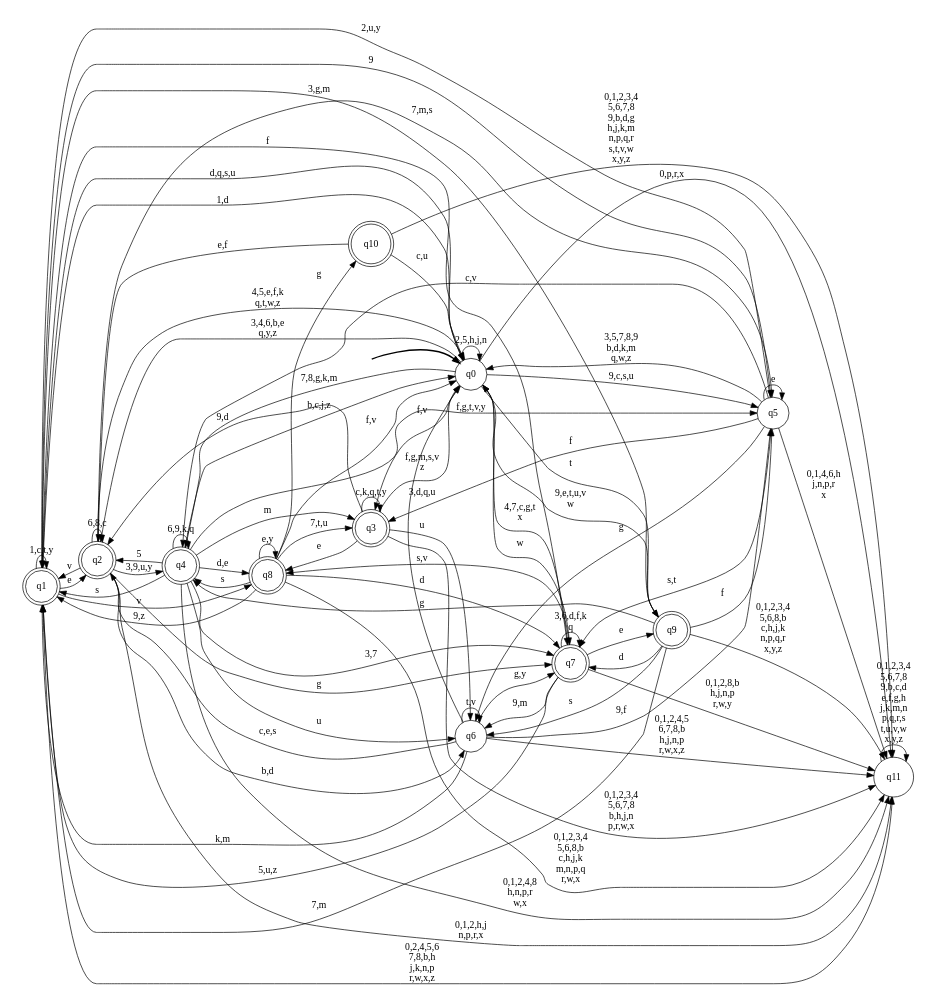
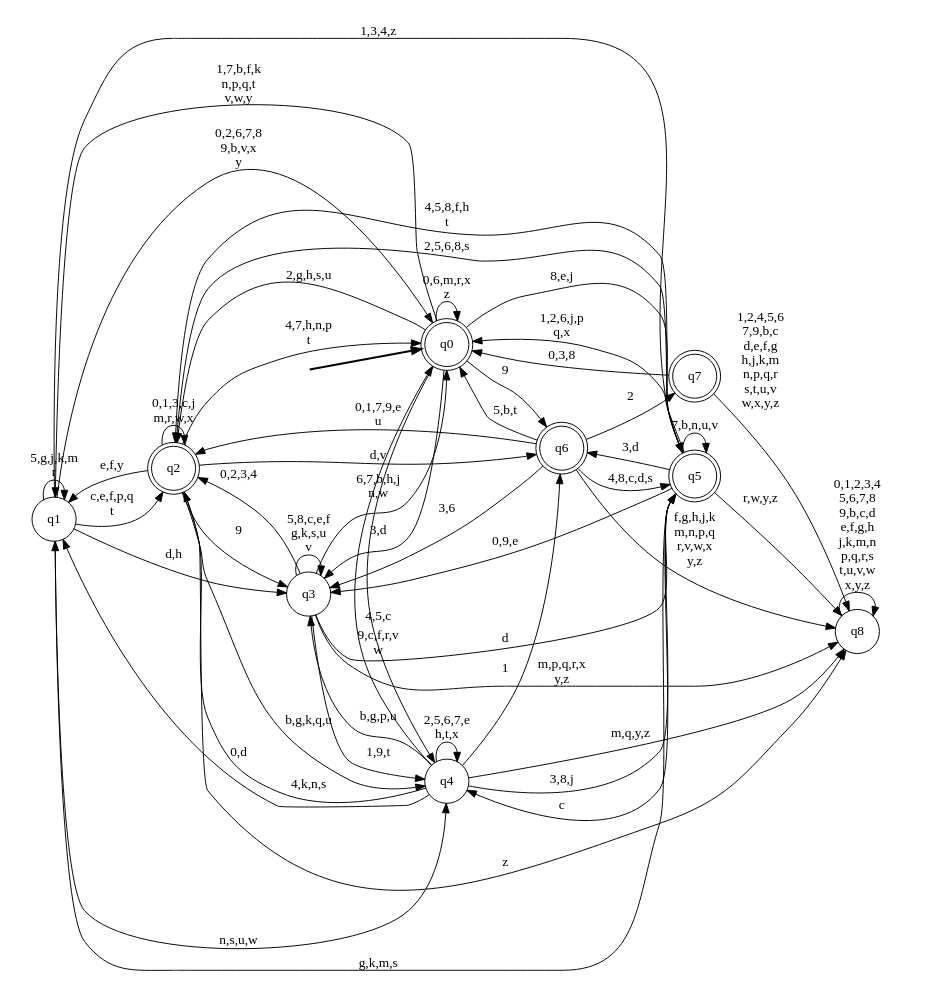
The diagram in dfas_of_users/017.dot (gabrer/mobility_similarity_exp), drawn with Graphviz before and after one commit. The commit also changed 4997 other files, not shown here.

```diff
--- a/dfas_of_users/017.dot
+++ b/dfas_of_users/017.dot
@@ -1,107 +1,74 @@
 digraph DFA {
 __start0 [style = invis, shape = none, label = "", width = 0, height = 0];
 
 rankdir=LR;
 size="8,5";
 
-s0 [style="filled", color="black", fillcolor="white" shape="circle", label="q0"];
-s1 [style="rounded,filled", color="black", fillcolor="white" shape="doublecircle", label="q1"];
+s0 [style="rounded,filled", color="black", fillcolor="white" shape="doublecircle", label="q0"];
+s1 [style="filled", color="black", fillcolor="white" shape="circle", label="q1"];
 s2 [style="rounded,filled", color="black", fillcolor="white" shape="doublecircle", label="q2"];
-s3 [style="rounded,filled", color="black", fillcolor="white" shape="doublecircle", label="q3"];
-s4 [style="rounded,filled", color="black", fillcolor="white" shape="doublecircle", label="q4"];
-s5 [style="filled", color="black", fillcolor="white" shape="circle", label="q5"];
-s6 [style="filled", color="black", fillcolor="white" shape="circle", label="q6"];
+s3 [style="filled", color="black", fillcolor="white" shape="circle", label="q3"];
+s4 [style="filled", color="black", fillcolor="white" shape="circle", label="q4"];
+s5 [style="rounded,filled", color="black", fillcolor="white" shape="doublecircle", label="q5"];
+s6 [style="rounded,filled", color="black", fillcolor="white" shape="doublecircle", label="q6"];
 s7 [style="rounded,filled", color="black", fillcolor="white" shape="doublecircle", label="q7"];
-s8 [style="rounded,filled", color="black", fillcolor="white" shape="doublecircle", label="q8"];
-s9 [style="rounded,filled", color="black", fillcolor="white" shape="doublecircle", label="q9"];
-s10 [style="rounded,filled", color="black", fillcolor="white" shape="doublecircle", label="q10"];
-s11 [style="filled", color="black", fillcolor="white" shape="circle", label="q11"];
+s8 [style="filled", color="black", fillcolor="white" shape="circle", label="q8"];
 subgraph cluster_main { 
 	graph [pad=".75", ranksep="0.15", nodesep="0.15"];
 	 style=invis; 
 	__start0 -> s0 [penwidth=2];
 }
-s0 -> s0 [label="2,5,h,j,n"];
-s0 -> s1 [label="1,d"];
-s0 -> s2 [label="3,4,6,b,e\nq,y,z"];
-s0 -> s3 [label="f,v"];
-s0 -> s4 [label="7,8,g,k,m"];
-s0 -> s5 [label="9,c,s,u"];
-s0 -> s7 [label="w"];
-s0 -> s9 [label="t"];
-s0 -> s11 [label="0,p,r,x"];
-s1 -> s0 [label="d,q,s,u"];
-s1 -> s1 [label="1,c,t,y"];
-s1 -> s2 [label="e"];
-s1 -> s5 [label="9"];
-s1 -> s7 [label="f"];
-s1 -> s8 [label="v"];
-s1 -> s9 [label="3,g,m"];
-s1 -> s11 [label="0,2,4,5,6\n7,8,b,h\nj,k,n,p\nr,w,x,z"];
-s2 -> s0 [label="4,5,e,f,k\nq,t,w,z"];
-s2 -> s1 [label="v"];
-s2 -> s2 [label="6,8,c"];
-s2 -> s4 [label="3,9,u,y"];
-s2 -> s5 [label="7,m,s"];
-s2 -> s6 [label="b,d"];
-s2 -> s7 [label="g"];
-s2 -> s11 [label="0,1,2,h,j\nn,p,r,x"];
-s3 -> s0 [label="f,g,m,s,v\nz"];
-s3 -> s2 [label="9,d"];
-s3 -> s3 [label="c,k,q,t,y"];
-s3 -> s6 [label="u"];
-s3 -> s8 [label="e"];
-s3 -> s11 [label="0,1,2,3,4\n5,6,7,8\nb,h,j,n\np,r,w,x"];
-s4 -> s0 [label="b,c,j,z"];
-s4 -> s1 [label="s"];
-s4 -> s2 [label="5"];
-s4 -> s3 [label="m"];
-s4 -> s4 [label="6,9,k,q"];
-s4 -> s5 [label="f,g,t,v,y"];
-s4 -> s6 [label="u"];
-s4 -> s7 [label="3,7"];
-s4 -> s8 [label="d,e"];
-s4 -> s11 [label="0,1,2,4,8\nh,n,p,r\nw,x"];
-s5 -> s0 [label="3,5,7,8,9\nb,d,k,m\nq,w,z"];
-s5 -> s1 [label="2,u,y"];
-s5 -> s3 [label="f"];
-s5 -> s4 [label="c,v"];
-s5 -> s5 [label="e"];
-s5 -> s6 [label="g"];
-s5 -> s7 [label="s,t"];
-s5 -> s11 [label="0,1,4,6,h\nj,n,p,r\nx"];
-s6 -> s0 [label="3,d,q,u"];
-s6 -> s1 [label="k,m"];
-s6 -> s2 [label="c,e,s"];
-s6 -> s5 [label="9,f"];
-s6 -> s6 [label="t,v"];
-s6 -> s7 [label="g,y"];
-s6 -> s11 [label="0,1,2,4,5\n6,7,8,b\nh,j,n,p\nr,w,x,z"];
-s7 -> s0 [label="4,7,c,g,t\nx"];
-s7 -> s1 [label="5,u,z"];
-s7 -> s6 [label="9,m"];
-s7 -> s7 [label="3,6,d,f,k\nq"];
-s7 -> s8 [label="s,v"];
-s7 -> s9 [label="e"];
-s7 -> s11 [label="0,1,2,8,b\nh,j,n,p\nr,w,y"];
-s8 -> s0 [label="f,v"];
-s8 -> s1 [label="9,z"];
-s8 -> s3 [label="7,t,u"];
-s8 -> s4 [label="s"];
-s8 -> s7 [label="d"];
-s8 -> s8 [label="e,y"];
-s8 -> s10 [label="g"];
-s8 -> s11 [label="0,1,2,3,4\n5,6,8,b\nc,h,j,k\nm,n,p,q\nr,w,x"];
-s9 -> s0 [label="9,e,t,u,v\nw"];
-s9 -> s1 [label="7,m"];
-s9 -> s4 [label="g"];
-s9 -> s5 [label="f"];
-s9 -> s6 [label="s"];
-s9 -> s7 [label="d"];
-s9 -> s11 [label="0,1,2,3,4\n5,6,8,b\nc,h,j,k\nn,p,q,r\nx,y,z"];
-s10 -> s0 [label="c,u"];
-s10 -> s2 [label="e,f"];
-s10 -> s11 [label="0,1,2,3,4\n5,6,7,8\n9,b,d,g\nh,j,k,m\nn,p,q,r\ns,t,v,w\nx,y,z"];
-s11 -> s11 [label="0,1,2,3,4\n5,6,7,8\n9,b,c,d\ne,f,g,h\nj,k,m,n\np,q,r,s\nt,u,v,w\nx,y,z"];
+s0 -> s0 [label="0,6,m,r,x\nz"];
+s0 -> s1 [label="1,7,b,f,k\nn,p,q,t\nv,w,y"];
+s0 -> s2 [label="2,g,h,s,u"];
+s0 -> s3 [label="3,d"];
+s0 -> s4 [label="4,5,c"];
+s0 -> s5 [label="8,e,j"];
+s0 -> s6 [label="9"];
+s1 -> s0 [label="0,2,6,7,8\n9,b,v,x\ny"];
+s1 -> s1 [label="5,g,j,k,m\nr"];
+s1 -> s2 [label="c,e,f,p,q\nt"];
+s1 -> s3 [label="d,h"];
+s1 -> s4 [label="n,s,u,w"];
+s1 -> s5 [label="1,3,4,z"];
+s2 -> s0 [label="4,7,h,n,p\nt"];
+s2 -> s1 [label="e,f,y"];
+s2 -> s2 [label="0,1,3,c,j\nm,r,w,x"];
+s2 -> s3 [label="9"];
+s2 -> s4 [label="b,g,k,q,u"];
+s2 -> s5 [label="2,5,6,8,s"];
+s2 -> s6 [label="d,v"];
+s2 -> s8 [label="z"];
+s3 -> s0 [label="6,7,b,h,j\nn,w"];
+s3 -> s2 [label="0,2,3,4"];
+s3 -> s3 [label="5,8,c,e,f\ng,k,s,u\nv"];
+s3 -> s4 [label="1,9,t"];
+s3 -> s5 [label="d"];
+s3 -> s8 [label="m,p,q,r,x\ny,z"];
+s4 -> s0 [label="9,c,f,r,v\nw"];
+s4 -> s1 [label="0,d"];
+s4 -> s2 [label="4,k,n,s"];
+s4 -> s3 [label="b,g,p,u"];
+s4 -> s4 [label="2,5,6,7,e\nh,t,x"];
+s4 -> s5 [label="3,8,j"];
+s4 -> s6 [label="1"];
+s4 -> s8 [label="m,q,y,z"];
+s5 -> s0 [label="1,2,6,j,p\nq,x"];
+s5 -> s1 [label="g,k,m,s"];
+s5 -> s2 [label="4,5,8,f,h\nt"];
+s5 -> s3 [label="0,9,e"];
+s5 -> s4 [label="c"];
+s5 -> s5 [label="7,b,n,u,v"];
+s5 -> s6 [label="3,d"];
+s5 -> s8 [label="r,w,y,z"];
+s6 -> s0 [label="5,b,t"];
+s6 -> s2 [label="0,1,7,9,e\nu"];
+s6 -> s3 [label="3,6"];
+s6 -> s5 [label="4,8,c,d,s"];
+s6 -> s7 [label="2"];
+s6 -> s8 [label="f,g,h,j,k\nm,n,p,q\nr,v,w,x\ny,z"];
+s7 -> s0 [label="0,3,8"];
+s7 -> s8 [label="1,2,4,5,6\n7,9,b,c\nd,e,f,g\nh,j,k,m\nn,p,q,r\ns,t,u,v\nw,x,y,z"];
+s8 -> s8 [label="0,1,2,3,4\n5,6,7,8\n9,b,c,d\ne,f,g,h\nj,k,m,n\np,q,r,s\nt,u,v,w\nx,y,z"];
 
 }
```
